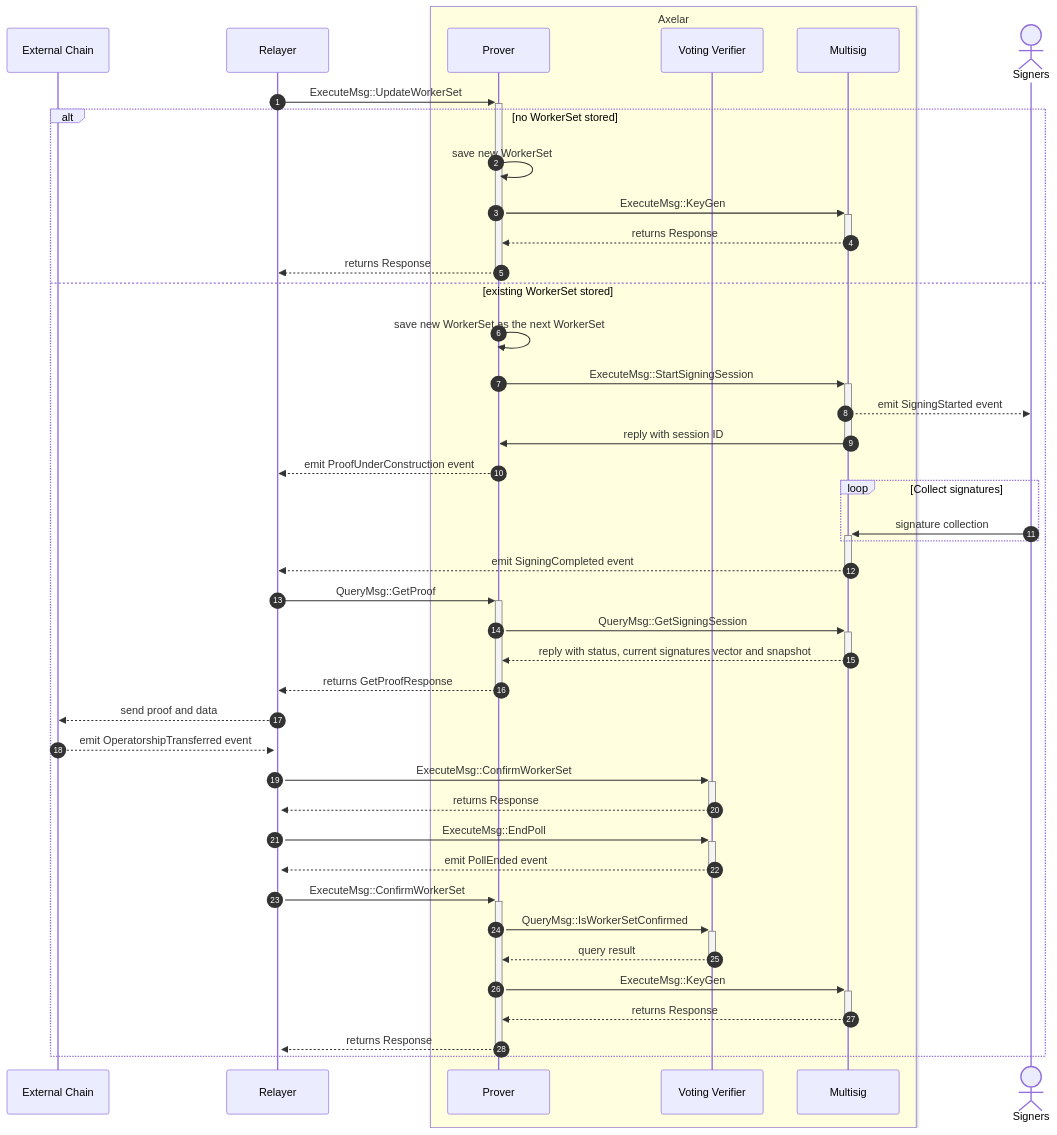
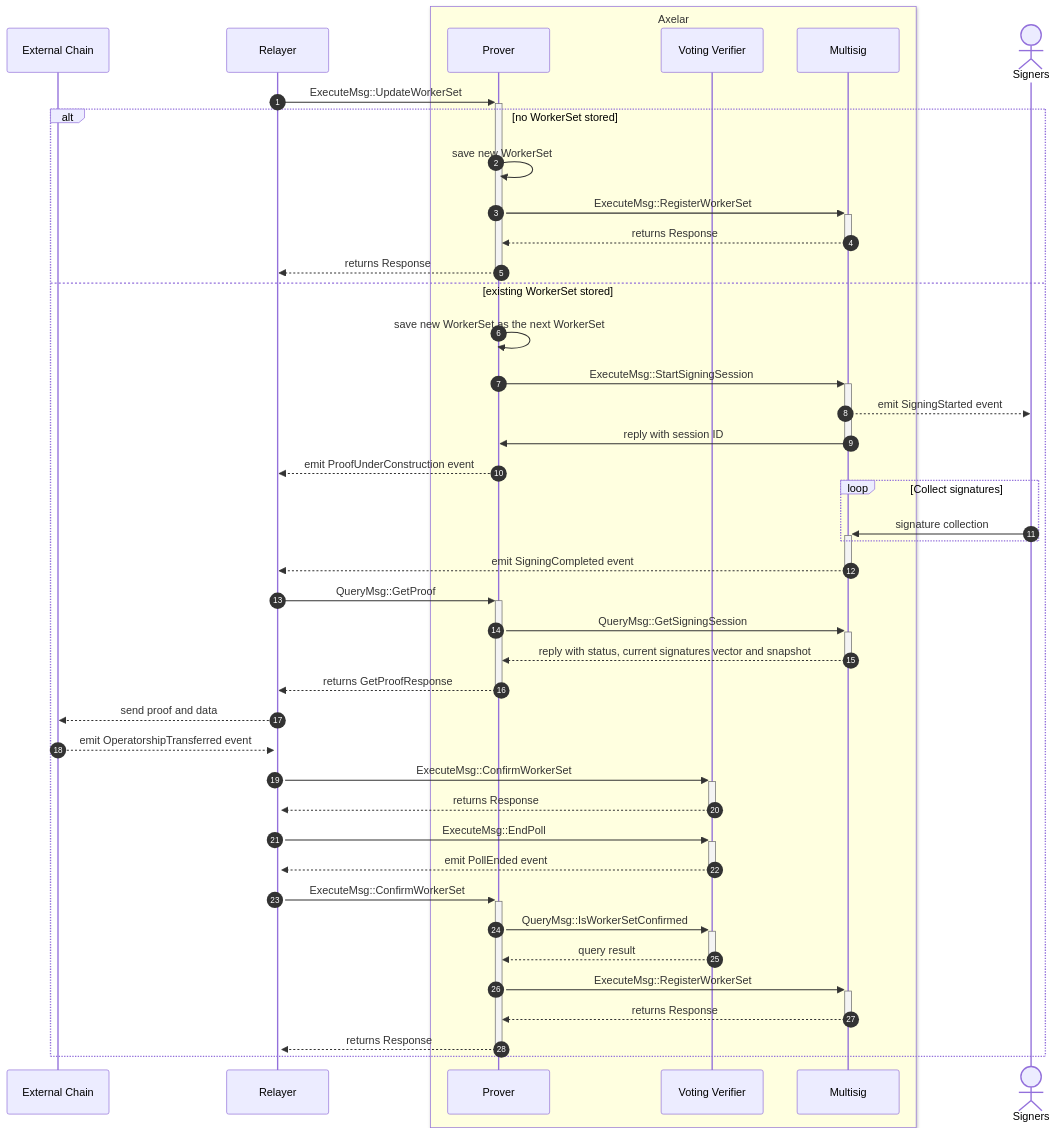
One commit to axelarnetwork/axelar-amplifier changed the fourth of 4 diagrams in doc/src/contracts/multisig_prover.md. Above: the diagram before and after it, drawn with Mermaid.

Commit message:
Use RegisterWorkerSet instead of KeyGen

````diff
--- a/doc/src/contracts/multisig_prover.md
+++ b/doc/src/contracts/multisig_prover.md
@@ -110,45 +110,45 @@
 ```mermaid
 sequenceDiagram
 autonumber
 participant External Chain
 participant Relayer
 box LightYellow Axelar
 participant Prover
 participant Voting Verifier
 participant Multisig
 end
 actor Signers
 Relayer->>+Prover: ExecuteMsg::UpdateWorkerSet
 alt no WorkerSet stored
   Prover->>Prover: save new WorkerSet
-  Prover->>+Multisig: ExecuteMsg::KeyGen
+  Prover->>+Multisig: ExecuteMsg::RegisterWorkerSet
   Multisig-->>-Prover: returns Response
   Prover-->>-Relayer: returns Response
 else existing WorkerSet stored
   Prover->>Prover: save new WorkerSet as the next WorkerSet
   Prover->>+Multisig: ExecuteMsg::StartSigningSession
   Multisig-->>Signers: emit SigningStarted event
   Multisig->>-Prover: reply with session ID
   Prover-->>Relayer: emit ProofUnderConstruction event
   loop Collect signatures
 	  Signers->>+Multisig: signature collection
   end
   Multisig-->>-Relayer: emit SigningCompleted event
   Relayer->>+Prover: QueryMsg::GetProof
   Prover->>+Multisig: QueryMsg::GetSigningSession
   Multisig-->>-Prover: reply with status, current signatures vector and snapshot
   Prover-->>-Relayer: returns GetProofResponse
   Relayer-->>External Chain: send proof and data
   External Chain-->>+Relayer: emit OperatorshipTransferred event
   Relayer->>+Voting Verifier: ExecuteMsg::ConfirmWorkerSet
   Voting Verifier-->>-Relayer: returns Response
   Relayer->>+Voting Verifier: ExecuteMsg::EndPoll
   Voting Verifier-->>-Relayer: emit PollEnded event
   Relayer->>+Prover: ExecuteMsg::ConfirmWorkerSet
   Prover->>+Voting Verifier: QueryMsg::IsWorkerSetConfirmed
   Voting Verifier-->>-Prover: query result
-  Prover->>+Multisig: ExecuteMsg::KeyGen
+  Prover->>+Multisig: ExecuteMsg::RegisterWorkerSet
   Multisig-->>-Prover: returns Response
   Prover-->>-Relayer: returns Response
 end
 ```
````
